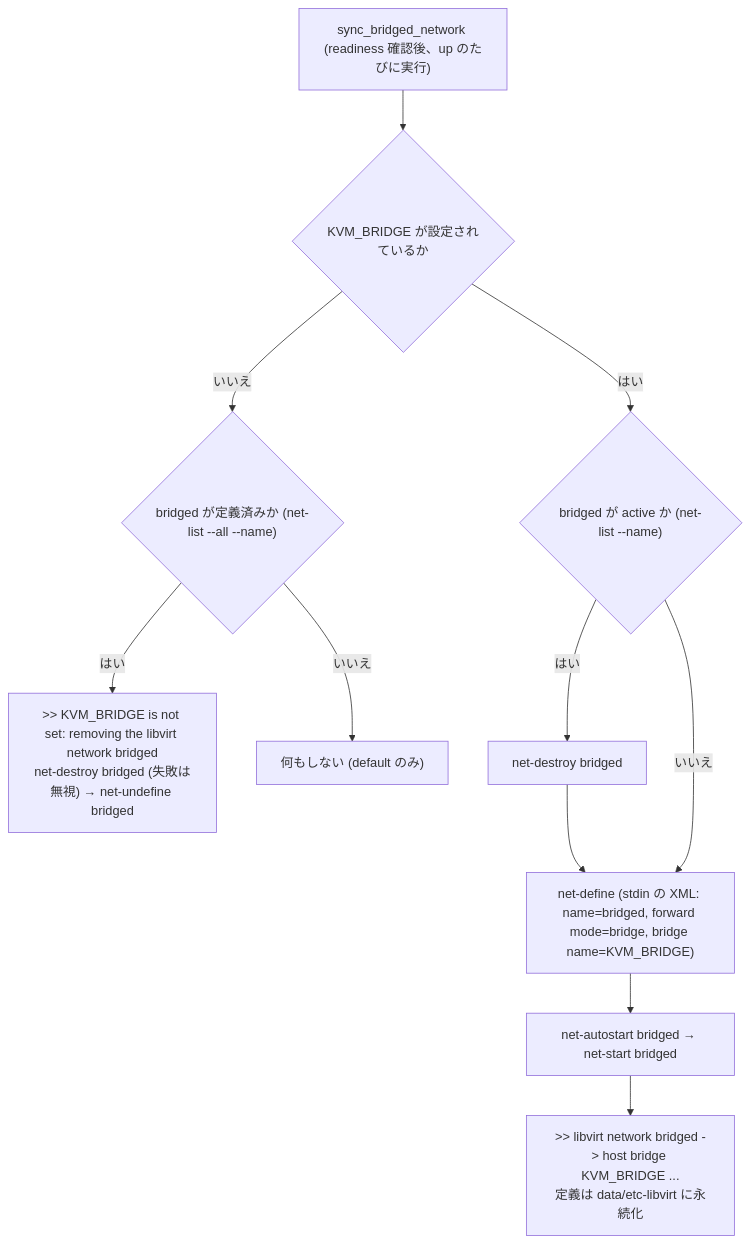
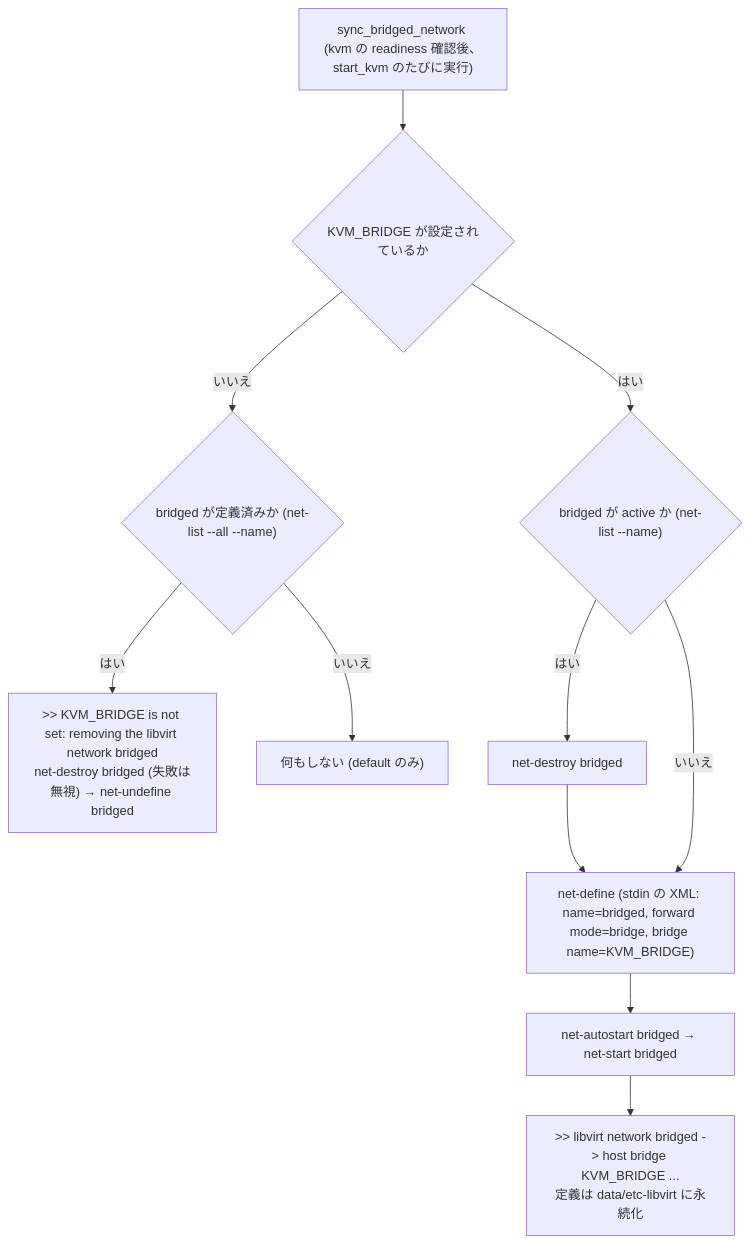
One commit to ryo-aoki-pc/kvm-container changed diagram 20 of 22 in docs/SPEC.md. Above: the diagram before and after it, drawn with Mermaid. The commit also changed other lines of this file, not shown here.

First line of the commit message:
docs/SPEC.md を 2 コンテナ構成 (kvm + kvm-gui) に合わせて全面更新する

````diff
--- a/docs/SPEC.md
+++ b/docs/SPEC.md
@@ -781,12 +966,12 @@
 ```mermaid
 flowchart TD
-  s["sync_bridged_network (readiness 確認後、up のたびに実行)"] --> a{"KVM_BRIDGE が設定されているか"}
+  s["sync_bridged_network (kvm の readiness 確認後、start_kvm のたびに実行)"] --> a{"KVM_BRIDGE が設定されているか"}
   a -->|"いいえ"| b{"bridged が定義済みか (net-list --all --name)"}
   b -->|"はい"| b1[">> KVM_BRIDGE is not set: removing the libvirt network bridged<br/>net-destroy bridged (失敗は無視) → net-undefine bridged"]
   b -->|"いいえ"| b2["何もしない (default のみ)"]
   a -->|"はい"| c{"bridged が active か (net-list --name)"}
   c -->|"はい"| c1["net-destroy bridged"] --> d
   c -->|"いいえ"| d["net-define (stdin の XML: name=bridged, forward mode=bridge, bridge name=KVM_BRIDGE)"]
   d --> e["net-autostart bridged → net-start bridged"]
   e --> f[">> libvirt network bridged -> host bridge KVM_BRIDGE ...<br/>定義は data/etc-libvirt に永続化"]
 ```
````
